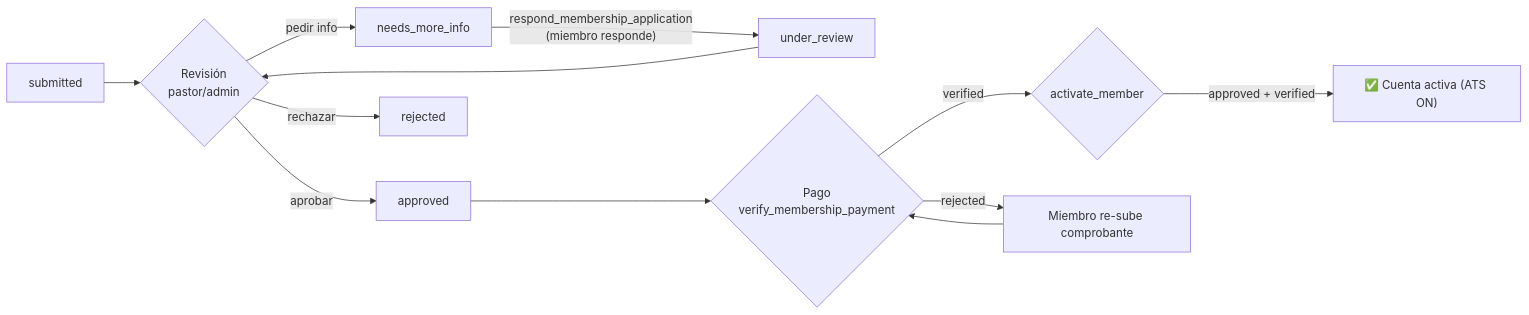
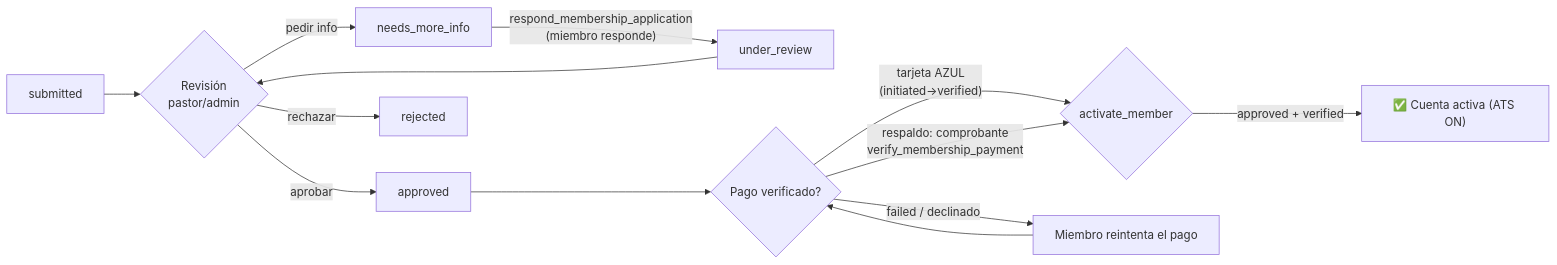
Before and after one commit to EdgarJr30/asi_do: the ninth of 23 diagrams in docs/architecture/plataforma-flujograma.md, drawn with Mermaid. The commit also changed other lines of this file and 3 other files, not shown here.

First line of the commit message:
feat: update membership flow and add payment gateway AZUL details

````diff
--- a/docs/architecture/plataforma-flujograma.md
+++ b/docs/architecture/plataforma-flujograma.md
@@ -316,14 +335,15 @@
 ```mermaid
 flowchart LR
     SUB["submitted"] --> REV{"Revisión<br/>pastor/admin"}
     REV -->|"aprobar"| APP["approved"]
     REV -->|"pedir info"| NMI["needs_more_info"]
     REV -->|"rechazar"| REJ["rejected"]
     NMI -->|"respond_membership_application<br/>(miembro responde)"| UR["under_review"]
     UR --> REV
-    APP --> VPAY{"Pago<br/>verify_membership_payment"}
-    VPAY -->|"verified"| ACT{"activate_member"}
-    VPAY -->|"rejected"| RESUB["Miembro re-sube comprobante"]
-    RESUB --> VPAY
+    APP --> PAID{"Pago verificado?"}
+    PAID -->|"tarjeta AZUL<br/>(initiated→verified)"| ACT{"activate_member"}
+    PAID -->|"respaldo: comprobante<br/>verify_membership_payment"| ACT
+    PAID -->|"failed / declinado"| RETRY["Miembro reintenta el pago"]
+    RETRY --> PAID
     ACT -->|"approved + verified"| ON["✅ Cuenta activa (ATS ON)"]
 ```
````
